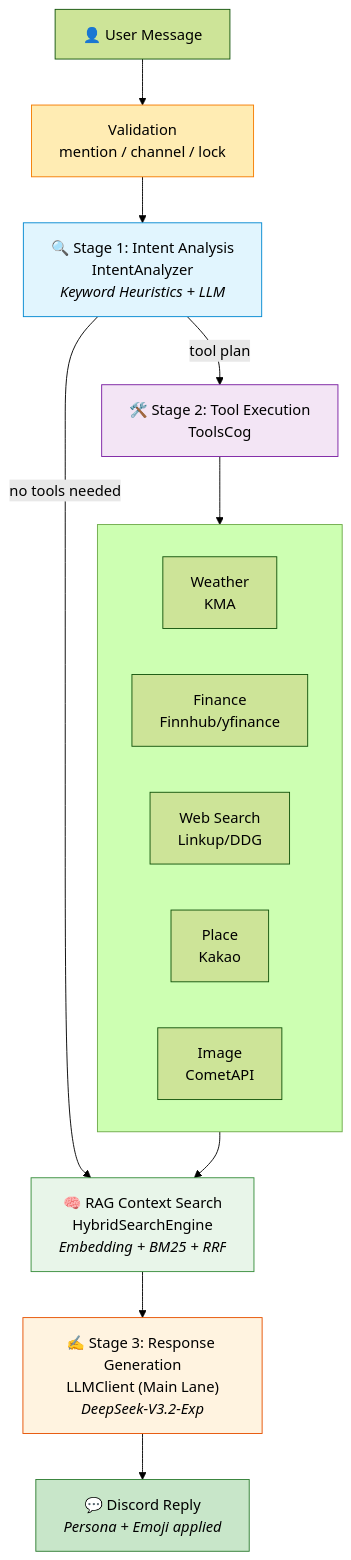
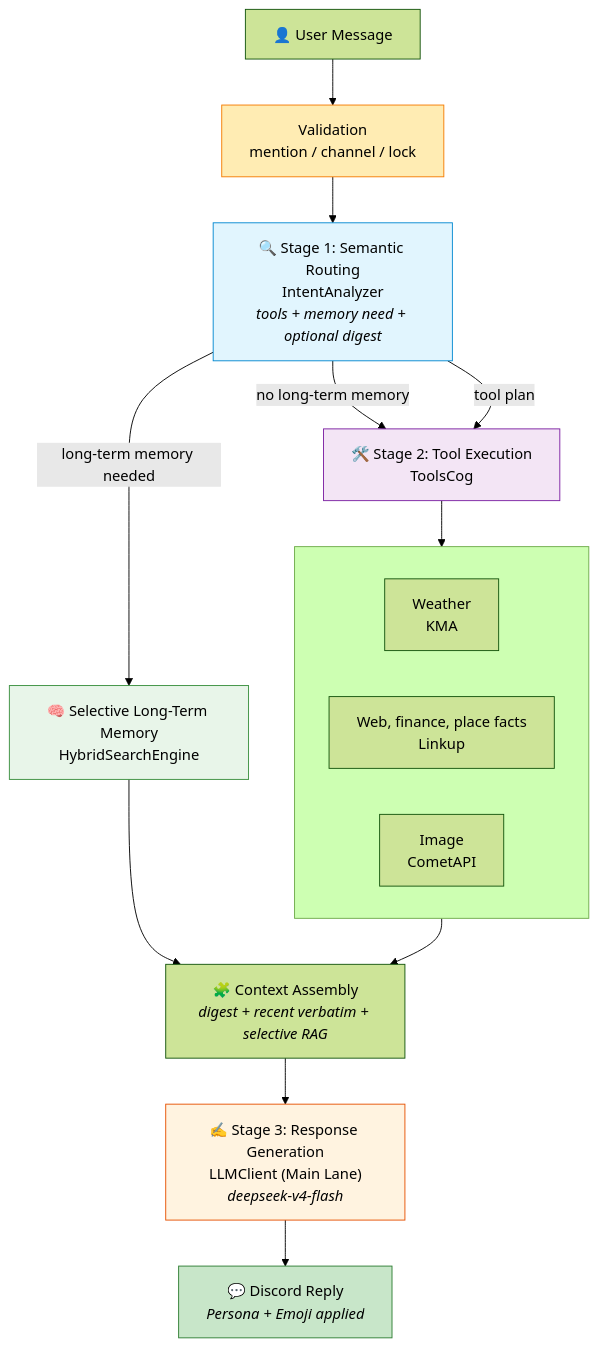
Before and after one commit to kim0040/masamong: the second of 15 diagrams in docs/ARCHITECTURE.en.md, drawn with Mermaid (forest theme). The commit also changed other lines of this file and 30 other files, not shown here.

Commit message:
Optimize semantic routing, memory context, and TiDB usage

````diff
--- a/docs/ARCHITECTURE.en.md
+++ b/docs/ARCHITECTURE.en.md
@@ -63,32 +63,32 @@
 ```mermaid
 flowchart TB
     Input["👤 User Message"] --> Valid["Validation<br/>mention / channel / lock"]
 
-    Valid --> Step1["🔍 Stage 1: Intent Analysis<br/>IntentAnalyzer<br/><i>Keyword Heuristics + LLM</i>"]
+    Valid --> Step1["🔍 Stage 1: Semantic Routing<br/>IntentAnalyzer<br/><i>tools + memory need + optional digest</i>"]
 
-    Step1 -->|"no tools needed"| RAG
+    Step1 -->|"long-term memory needed"| RAG
+    Step1 -->|"no long-term memory"| Step2
     Step1 -->|"tool plan"| Step2["🛠️ Stage 2: Tool Execution<br/>ToolsCog"]
 
     subgraph Step2Detail[" "]
         direction LR
         W["Weather<br/>KMA"]
-        F["Finance<br/>Finnhub/yfinance"]
-        S["Web Search<br/>Linkup/DDG"]
-        P["Place<br/>Kakao"]
+        S["Web, finance, place facts<br/>Linkup"]
         I["Image<br/>CometAPI"]
     end
 
     Step2 --> Step2Detail
-    Step2Detail --> RAG["🧠 RAG Context Search<br/>HybridSearchEngine<br/><i>Embedding + BM25 + RRF</i>"]
+    Step2Detail --> Merge["🧩 Context Assembly<br/><i>digest + recent verbatim + selective RAG</i>"]
+    RAG["🧠 Selective Long-Term Memory<br/>HybridSearchEngine"] --> Merge
 
-    RAG --> Step3["✍️ Stage 3: Response Generation<br/>LLMClient (Main Lane)<br/><i>DeepSeek-V3.2-Exp</i>"]
+    Merge --> Step3["✍️ Stage 3: Response Generation<br/>LLMClient (Main Lane)<br/><i>deepseek-v4-flash</i>"]
 
     Step3 --> Output["💬 Discord Reply<br/><i>Persona + Emoji applied</i>"]
 
     style Valid fill:#ffecb3,stroke:#f57c00
     style Step1 fill:#e1f5fe,stroke:#0288d1
     style Step2 fill:#f3e5f5,stroke:#7b1fa2
     style RAG fill:#e8f5e9,stroke:#388e3c
     style Step3 fill:#fff3e0,stroke:#e65100
     style Output fill:#c8e6c9,stroke:#2e7d32
 ```
````
